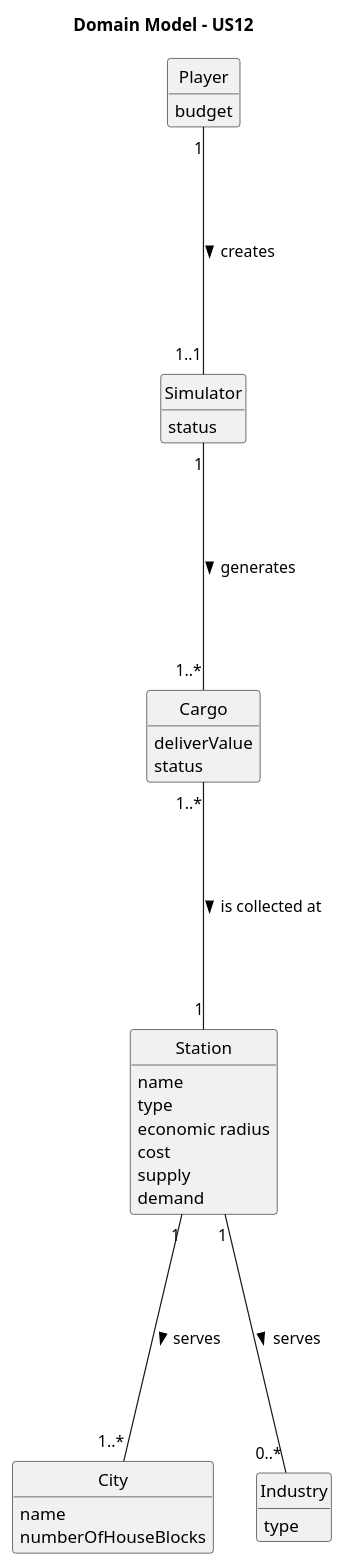
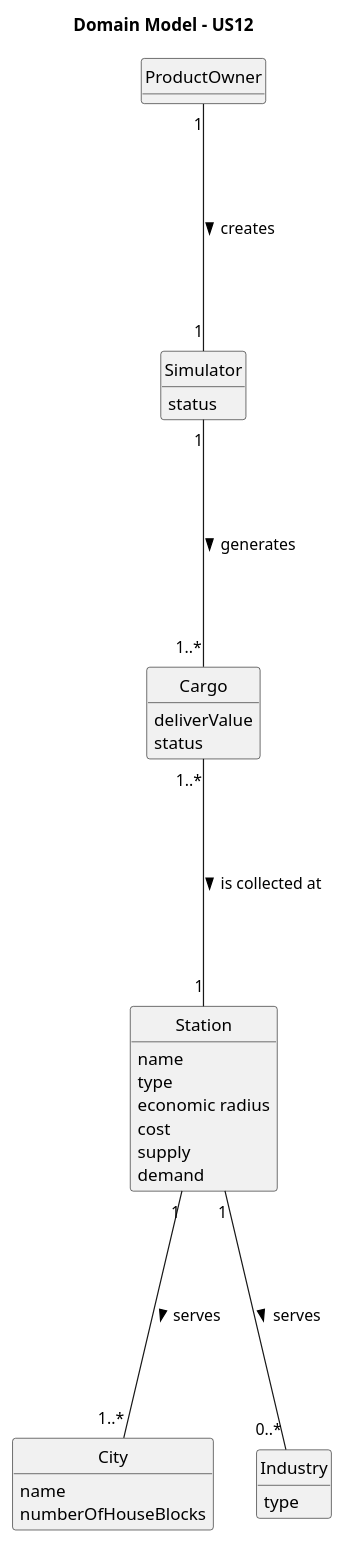
One commit to Educ00/mdisc-2425 changed the diagram in docs/system-documentation/sprint 1/US12/02.analysis/puml/US012-DM.puml. Above: the diagram before and after it, drawn with PlantUML. The commit also changed 8 other files, not shown here.

```diff
--- a/docs/system-documentation/sprint 1/US12/02.analysis/puml/US012-DM.puml
+++ b/docs/system-documentation/sprint 1/US12/02.analysis/puml/US012-DM.puml
@@ -1,47 +1,46 @@
 @startuml
 skinparam monochrome true
 skinparam packageStyle rectangle
 skinparam shadowing false
 skinparam classAttributeIconSize 0
 hide circle
 hide methods
 
 title Domain Model - US12
 
 class Cargo{
 deliverValue
 status
 }
 
 class Station{
 name
 type
 economic radius
 cost
 supply
 demand
 }
 
 class Simulator{
 status
 }
 
 class City {
    name
    numberOfHouseBlocks
 }
 
 class Industry{
 type
 }
 
-class Player{
-budget
+class ProductOwner{
 }
 
-Player "1" ---- "1..1" Simulator : creates >
+ProductOwner "1" ---- "1" Simulator : creates >
 Simulator "1" ---- "1..*" Cargo : generates >
 Cargo "1..*" ---- "1" Station : is collected at >
 Station "1" ---- "1..*" City : serves >
 Station "1" ---- "0..*" Industry : serves >
 @enduml
```
